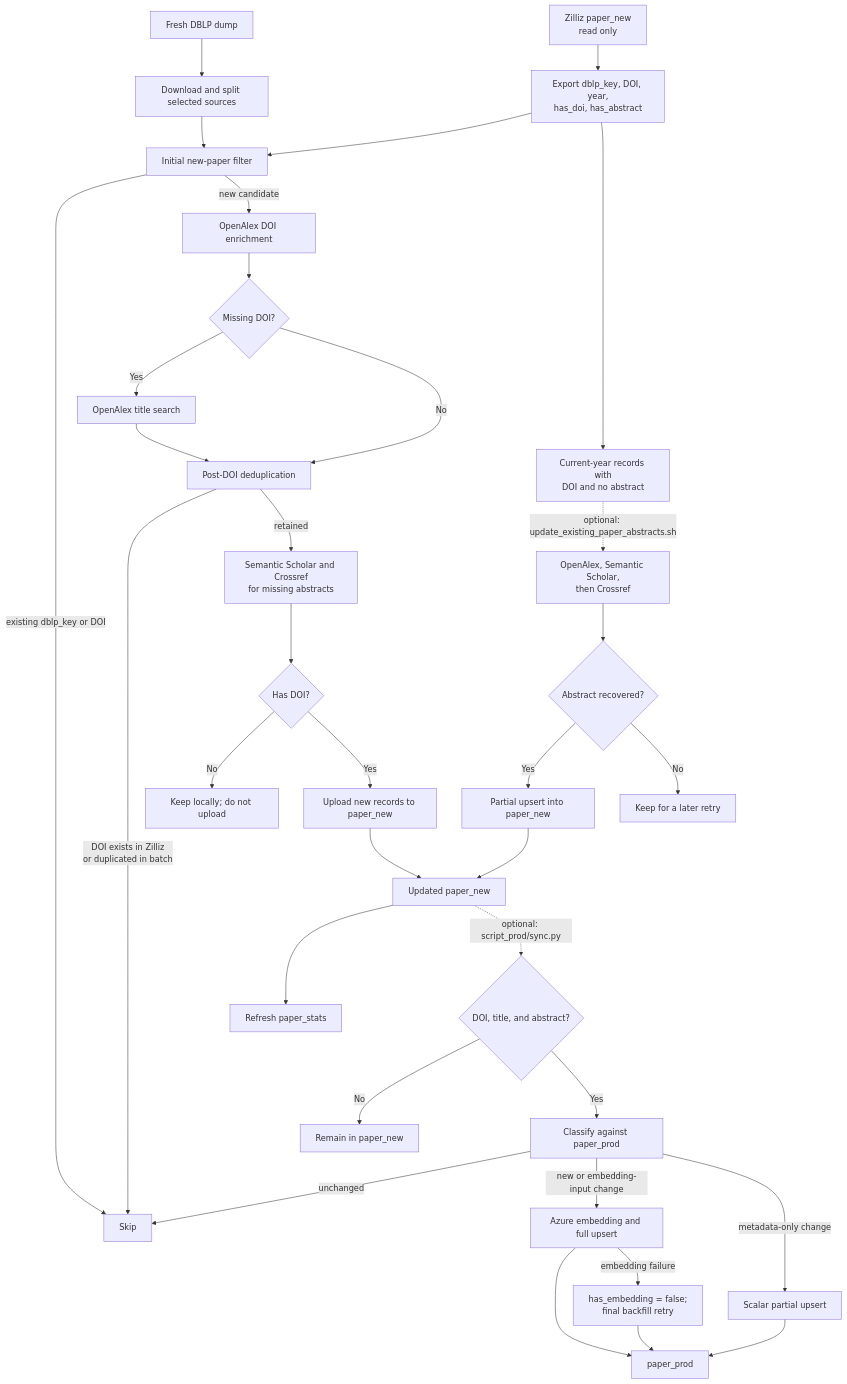
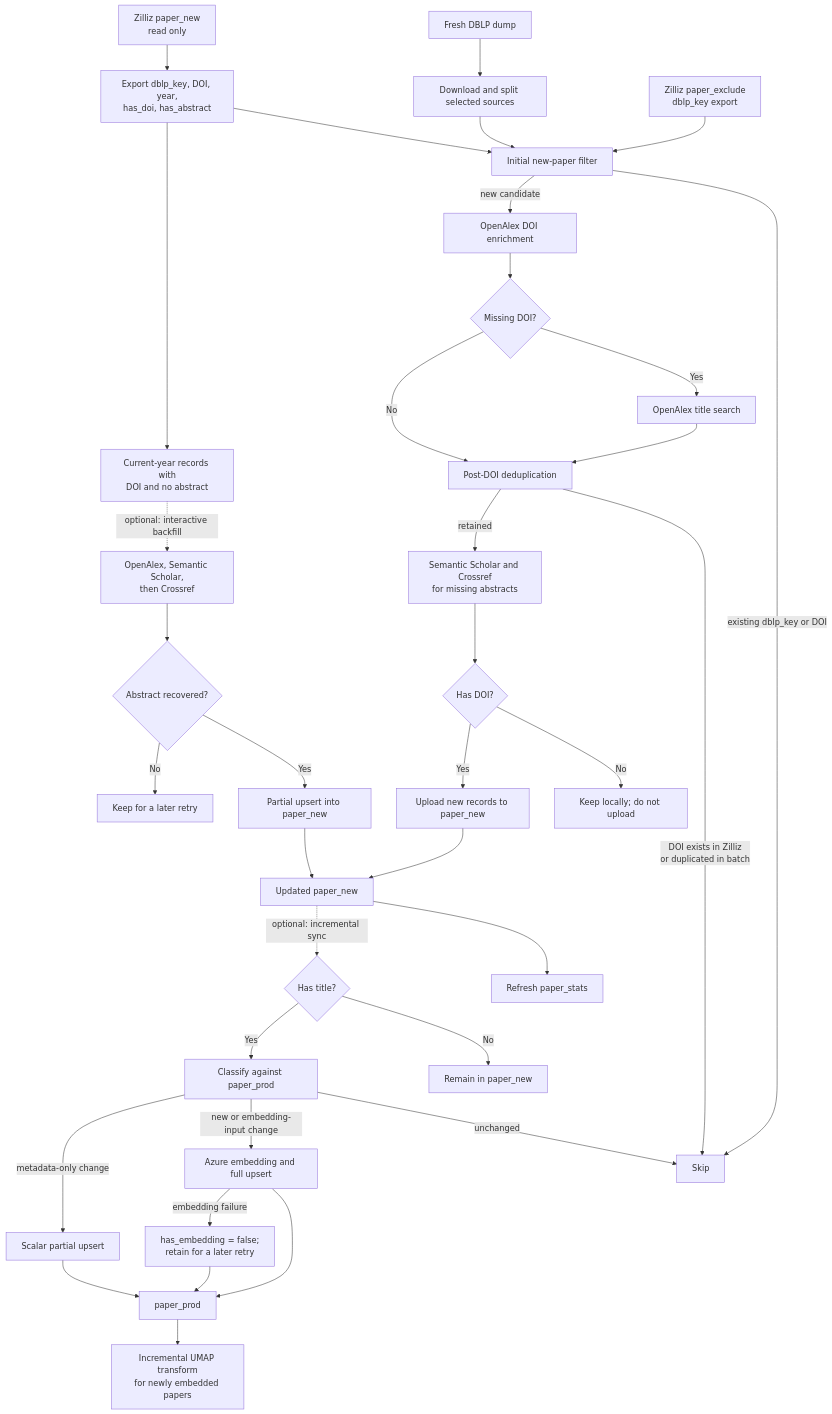
One commit to vitality-vis/vitality2-dataset changed the fourth of 6 diagrams in README.md. Above: the diagram before and after it, drawn with Mermaid. The commit also changed other lines of this file and 15 other files, not shown here.

````diff
--- a/README.md
+++ b/README.md
@@ -118,38 +118,40 @@
 ```mermaid
 flowchart TD
     A["Fresh DBLP dump"] --> B["Download and split selected sources"]
     Existing["Zilliz paper_new<br/>read only"] --> C["Export dblp_key, DOI, year,<br/>has_doi, has_abstract"]
+    Exclude["Zilliz paper_exclude<br/>dblp_key export"] --> D
     B --> D["Initial new-paper filter"]
     C --> D
     D -->|"existing dblp_key or DOI"| X["Skip"]
     D -->|"new candidate"| E["OpenAlex DOI enrichment"]
     E --> F{"Missing DOI?"}
     F -->|"Yes"| G["OpenAlex title search"]
     F -->|"No"| H["Post-DOI deduplication"]
     G --> H
     H -->|"DOI exists in Zilliz<br/>or duplicated in batch"| X
     H -->|"retained"| I["Semantic Scholar and Crossref<br/>for missing abstracts"]
     I --> J{"Has DOI?"}
     J -->|"No"| K["Keep locally; do not upload"]
     J -->|"Yes"| L["Upload new records to paper_new"]
 
     C --> N["Current-year records with<br/>DOI and no abstract"]
-    N -. "optional: update_existing_paper_abstracts.sh" .-> O["OpenAlex, Semantic Scholar,<br/>then Crossref"]
+    N -. "optional: interactive backfill" .-> O["OpenAlex, Semantic Scholar,<br/>then Crossref"]
     O --> P{"Abstract recovered?"}
     P -->|"Yes"| Q["Partial upsert into paper_new"]
     P -->|"No"| R["Keep for a later retry"]
 
     L --> Updated["Updated paper_new"]
     Q --> Updated
     Updated --> M["Refresh paper_stats"]
-    Updated -. "optional: script_prod/sync.py" .-> S{"DOI, title, and abstract?"}
+    Updated -. "optional: incremental sync" .-> S{"Has title?"}
     S -->|"No"| T["Remain in paper_new"]
     S -->|"Yes"| U["Classify against paper_prod"]
     U -->|"unchanged"| X
     U -->|"new or embedding-input change"| V["Azure embedding and full upsert"]
     U -->|"metadata-only change"| W["Scalar partial upsert"]
     V --> Y["paper_prod"]
     W --> Y
-    V -->|"embedding failure"| Z["has_embedding = false;<br/>final backfill retry"]
+    V -->|"embedding failure"| Z["has_embedding = false;<br/>retain for a later retry"]
     Z --> Y
+    Y --> AA["Incremental UMAP transform<br/>for newly embedded papers"]
 ```
````
